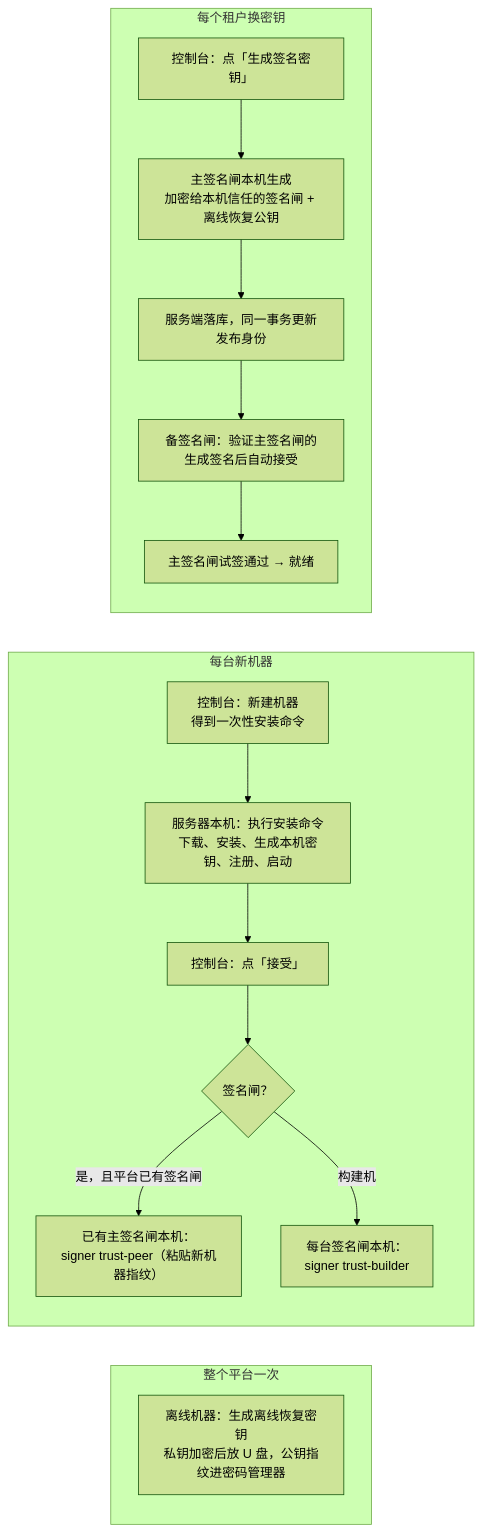
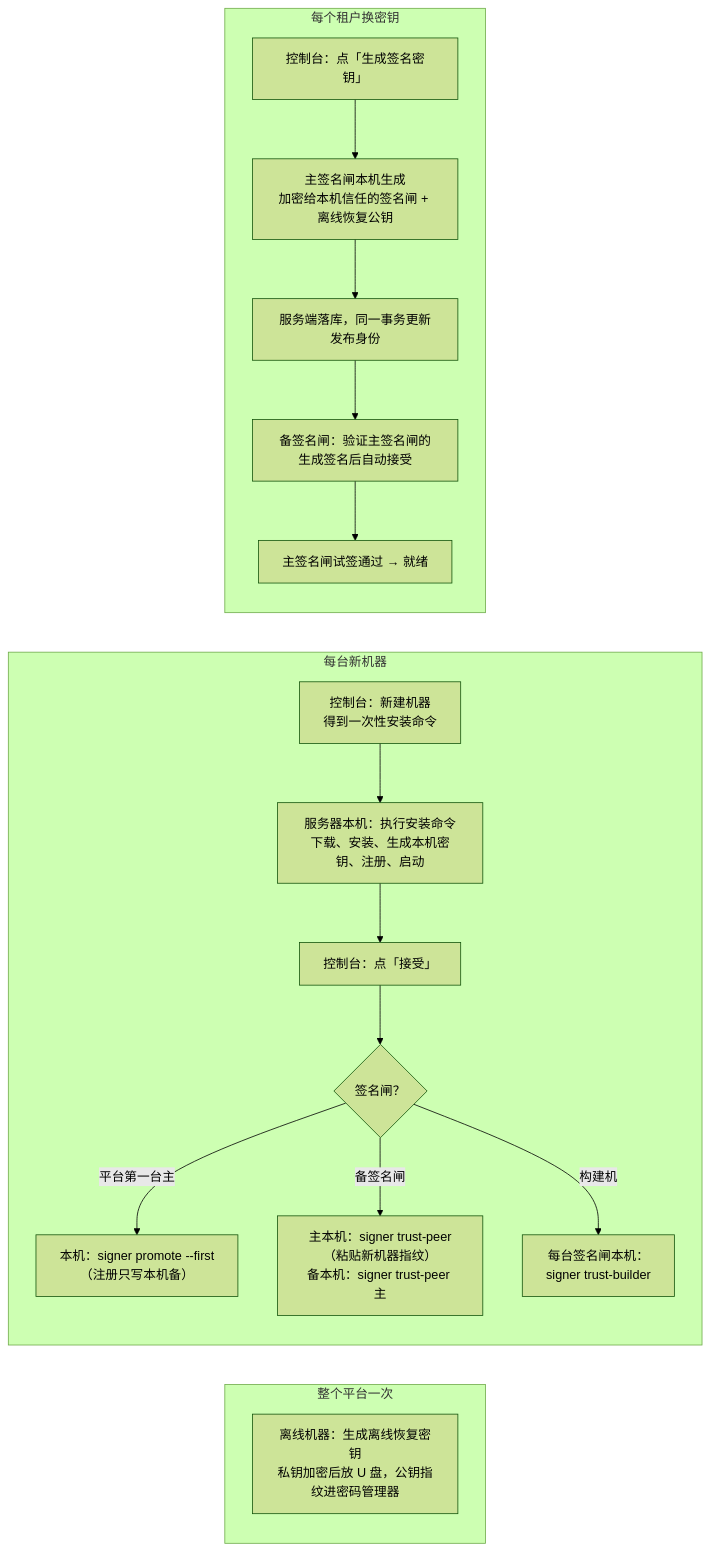
Before and after one commit to Helix2010/RN-Server: the diagram in docs/design/android-signing-gate-automation-2026-09-16.md, drawn with Mermaid (forest theme). The commit also changed other lines of this file and 1 other file, not shown here.

````diff
--- a/docs/design/android-signing-gate-automation-2026-09-16.md
+++ b/docs/design/android-signing-gate-automation-2026-09-16.md
@@ -54,19 +59,20 @@
 ```mermaid
 flowchart LR
   subgraph once["整个平台一次"]
     rk["离线机器：生成离线恢复密钥<br/>私钥加密后放 U 盘，公钥指纹进密码管理器"]
   end
   subgraph machine["每台新机器"]
     c1["控制台：新建机器<br/>得到一次性安装命令"] --> s1["服务器本机：执行安装命令<br/>下载、安装、生成本机密钥、注册、启动"]
     s1 --> c2["控制台：点「接受」"]
     c2 --> p1{"签名闸？"}
-    p1 -->|"是，且平台已有签名闸"| t1["已有主签名闸本机：<br/>signer trust-peer（粘贴新机器指纹）"]
+    p1 -->|"平台第一台主"| t0["本机：signer promote --first<br/>（注册只写本机备）"]
+    p1 -->|"备签名闸"| t1["主本机：signer trust-peer（粘贴新机器指纹）<br/>备本机：signer trust-peer 主"]
     p1 -->|"构建机"| t2["每台签名闸本机：<br/>signer trust-builder"]
   end
   subgraph key["每个租户换密钥"]
     k1["控制台：点「生成签名密钥」"] --> k2["主签名闸本机生成<br/>加密给本机信任的签名闸 + 离线恢复公钥"]
     k2 --> k3["服务端落库，同一事务更新发布身份"]
     k3 --> k4["备签名闸：验证主签名闸的生成签名后自动接受"]
     k4 --> k5["主签名闸试签通过 → 就绪"]
   end
 ```
````
